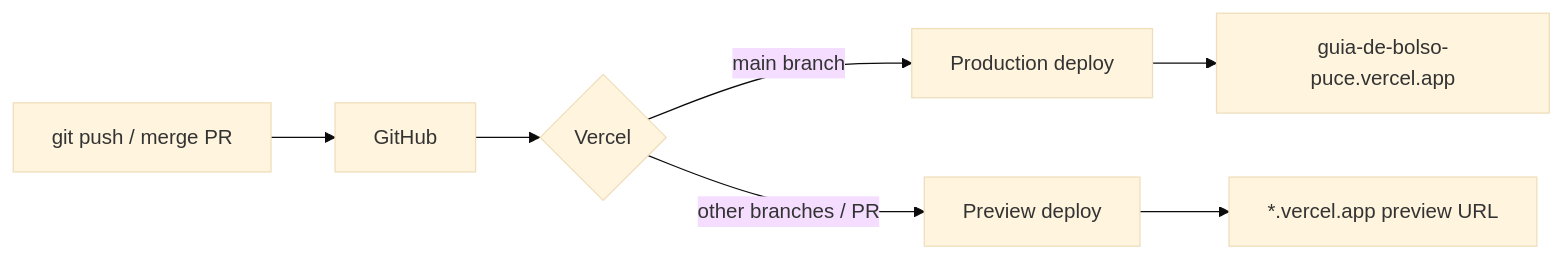
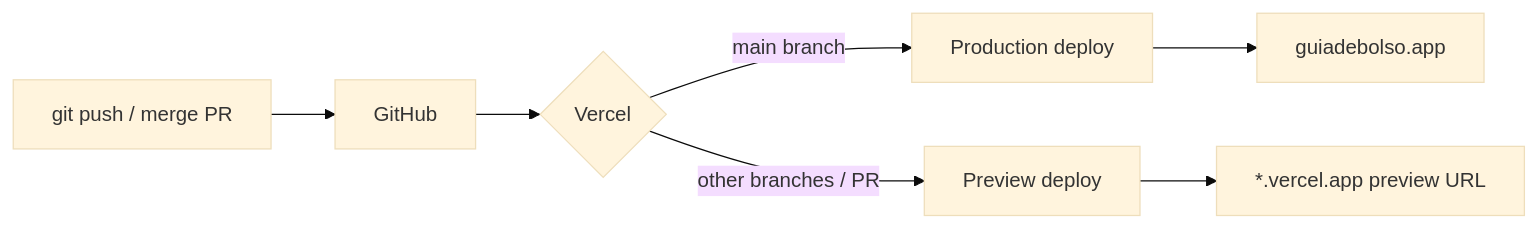
Before and after one commit to BrunoDislilerDev/guia-de-bolso: the diagram in docs/deployment.md, drawn with Mermaid (base theme). The commit also changed other lines of this file and 84 other files, not shown here.

````diff
--- a/docs/deployment.md
+++ b/docs/deployment.md
@@ -178,9 +178,9 @@
 ```mermaid
 flowchart LR
   A[git push / merge PR] --> B[GitHub]
   B --> C{Vercel}
   C -->|main branch| D[Production deploy]
   C -->|other branches / PR| E[Preview deploy]
-  D --> F[guia-de-bolso-puce.vercel.app]
+  D --> F[guiadebolso.app]
   E --> G[*.vercel.app preview URL]
 ```
````
